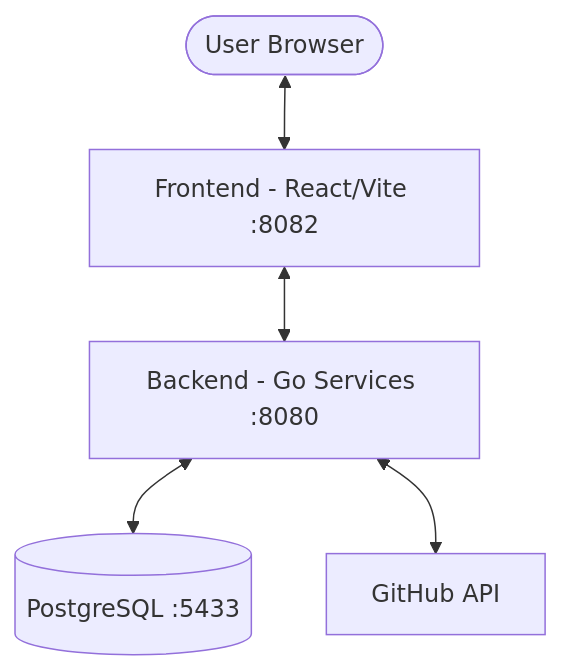
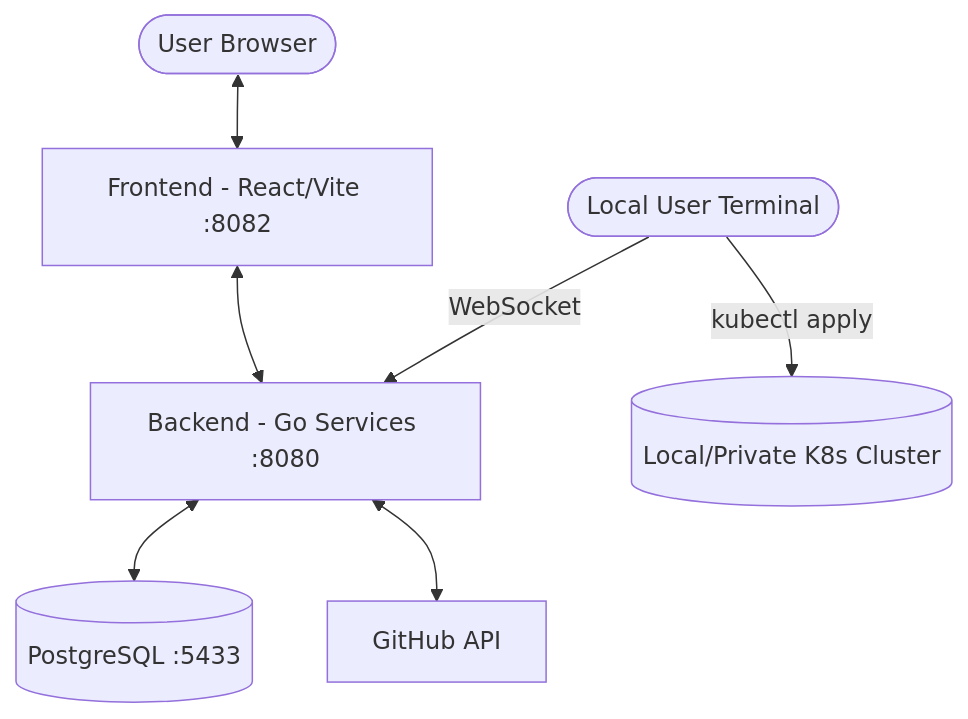
Before and after one commit to Aegios-k8s/major-project: the diagram in README.md, drawn with Mermaid. The commit also changed other lines of this file and 17 other files, not shown here.

````diff
--- a/README.md
+++ b/README.md
@@ -9,13 +24,17 @@
 ```mermaid
 graph TD
     User([User Browser])
+    Terminal([Local User Terminal])
     Frontend[Frontend - React/Vite :8082]
     Backend[Backend - Go Services :8080]
     DB[(PostgreSQL :5433)]
     GitHub[GitHub API]
+    Cluster[(Local/Private K8s Cluster)]
 
     User <--> Frontend
     Frontend <--> Backend
     Backend <--> DB
     Backend <--> GitHub
+    Terminal -- WebSocket --> Backend
+    Terminal -- kubectl apply --> Cluster
 ```
````
